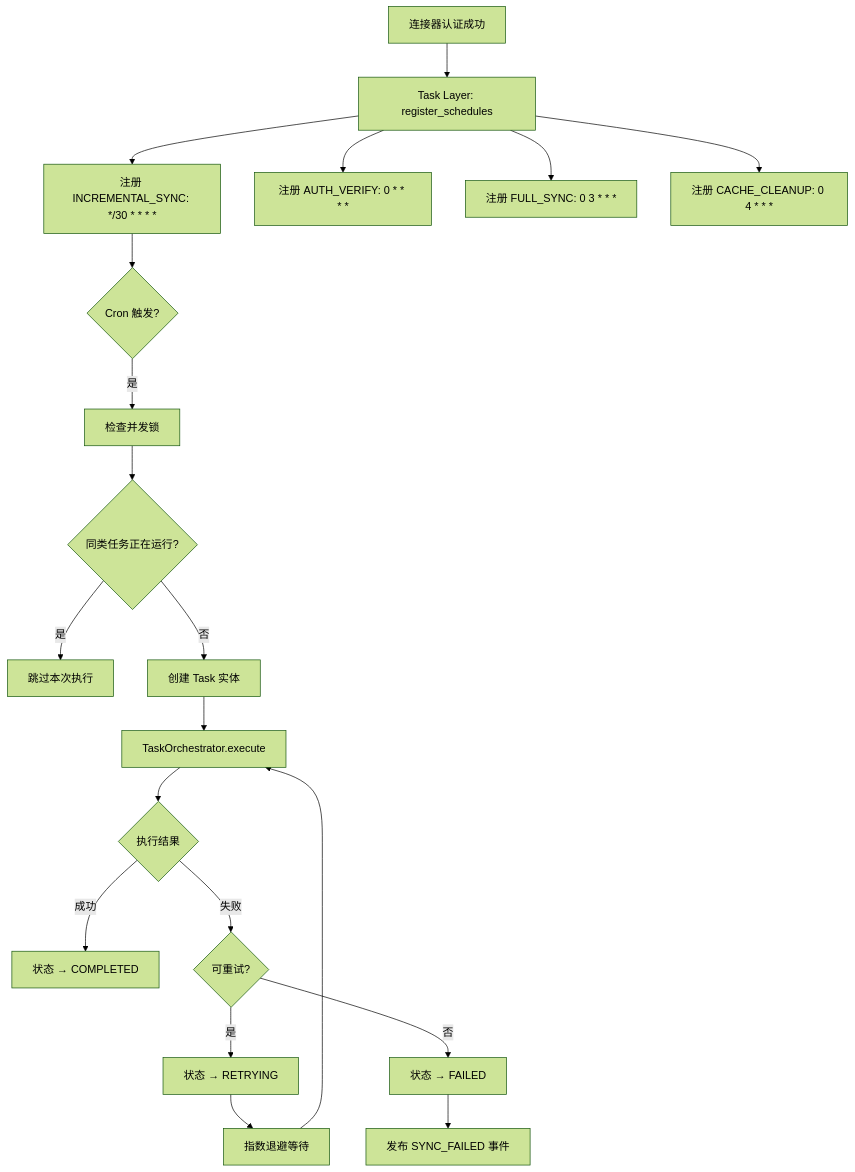
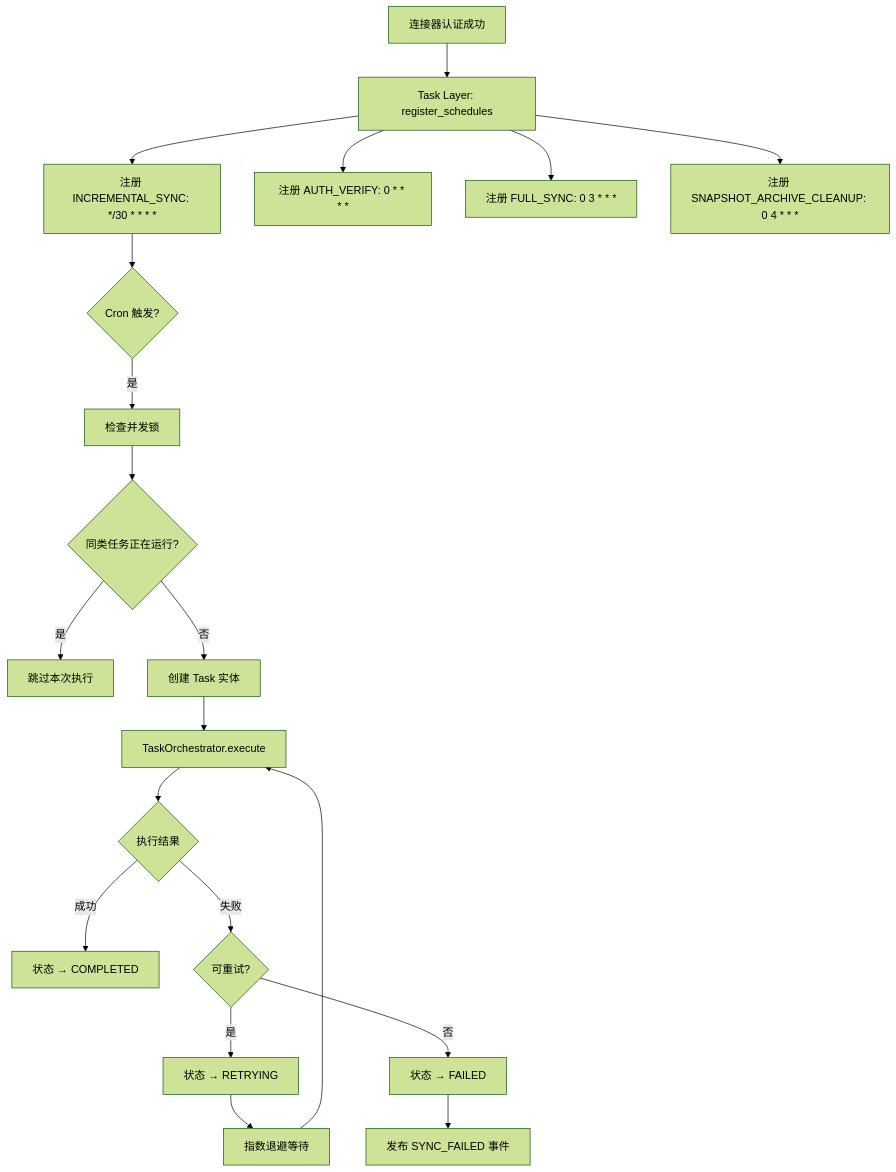
One commit to glide-the/im-dream changed the tenth of 18 diagrams in docs/design/claude-agent/notion-point/resource-connector-flowcharts.md. Above: the diagram before and after it, drawn with Mermaid (forest theme). The commit also changed other lines of this file and 16 other files, not shown here.

````diff
--- a/docs/design/claude-agent/notion-point/resource-connector-flowcharts.md
+++ b/docs/design/claude-agent/notion-point/resource-connector-flowcharts.md
@@ -316,23 +290,23 @@
 ```mermaid
 flowchart TD
     A[连接器认证成功] --> B[Task Layer: register_schedules]
     B --> C[注册 INCREMENTAL_SYNC: */30 * * * *]
     B --> D[注册 AUTH_VERIFY: 0 * * * *]
     B --> E[注册 FULL_SYNC: 0 3 * * *]
-    B --> F[注册 CACHE_CLEANUP: 0 4 * * *]
+    B --> F[注册 SNAPSHOT_ARCHIVE_CLEANUP: 0 4 * * *]
 
     C --> G{Cron 触发?}
     G -->|是| H[检查并发锁]
     H --> I{同类任务正在运行?}
     I -->|是| J[跳过本次执行]
     I -->|否| K[创建 Task 实体]
     K --> L[TaskOrchestrator.execute]
     L --> M{执行结果}
     M -->|成功| N[状态 → COMPLETED]
     M -->|失败| O{可重试?}
     O -->|是| P[状态 → RETRYING]
     P --> Q[指数退避等待]
     Q --> L
     O -->|否| R[状态 → FAILED]
     R --> S[发布 SYNC_FAILED 事件]
 ```
````
